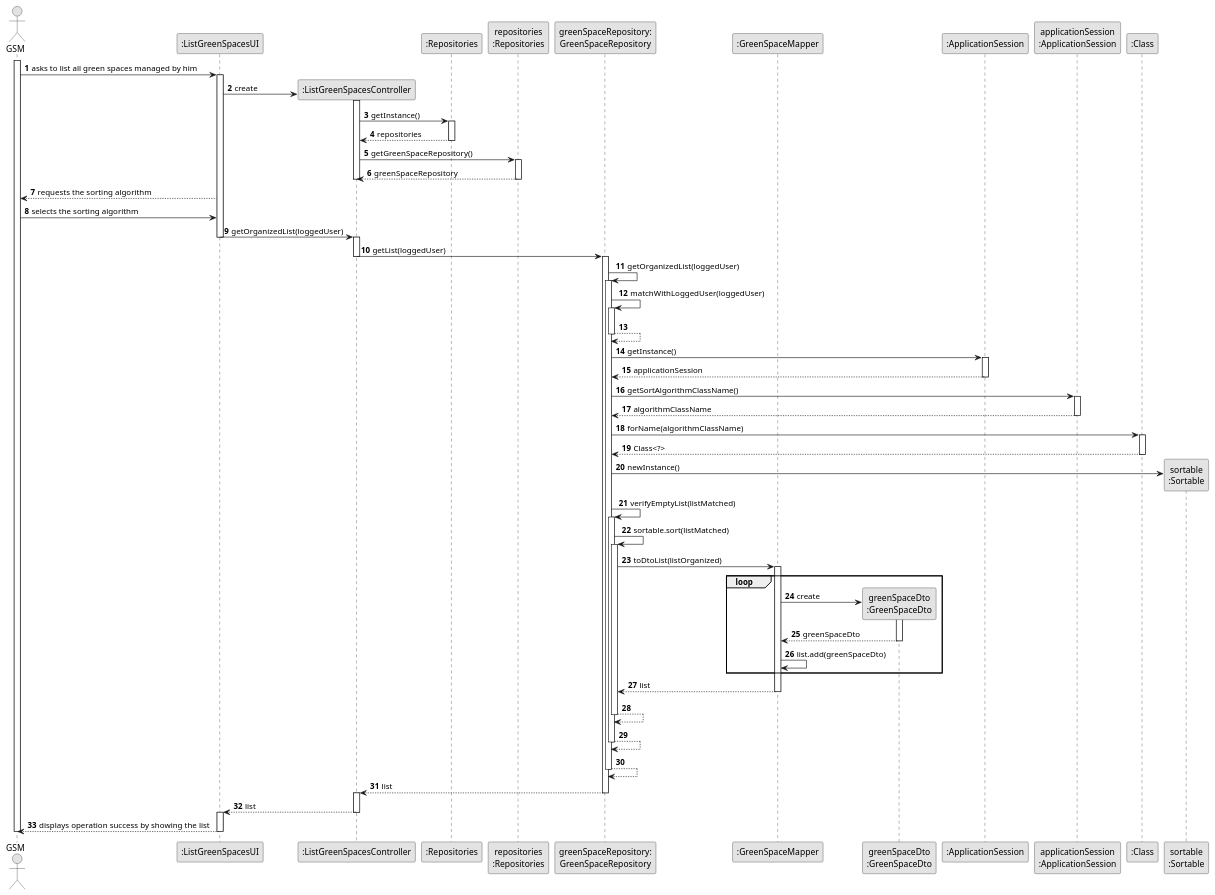
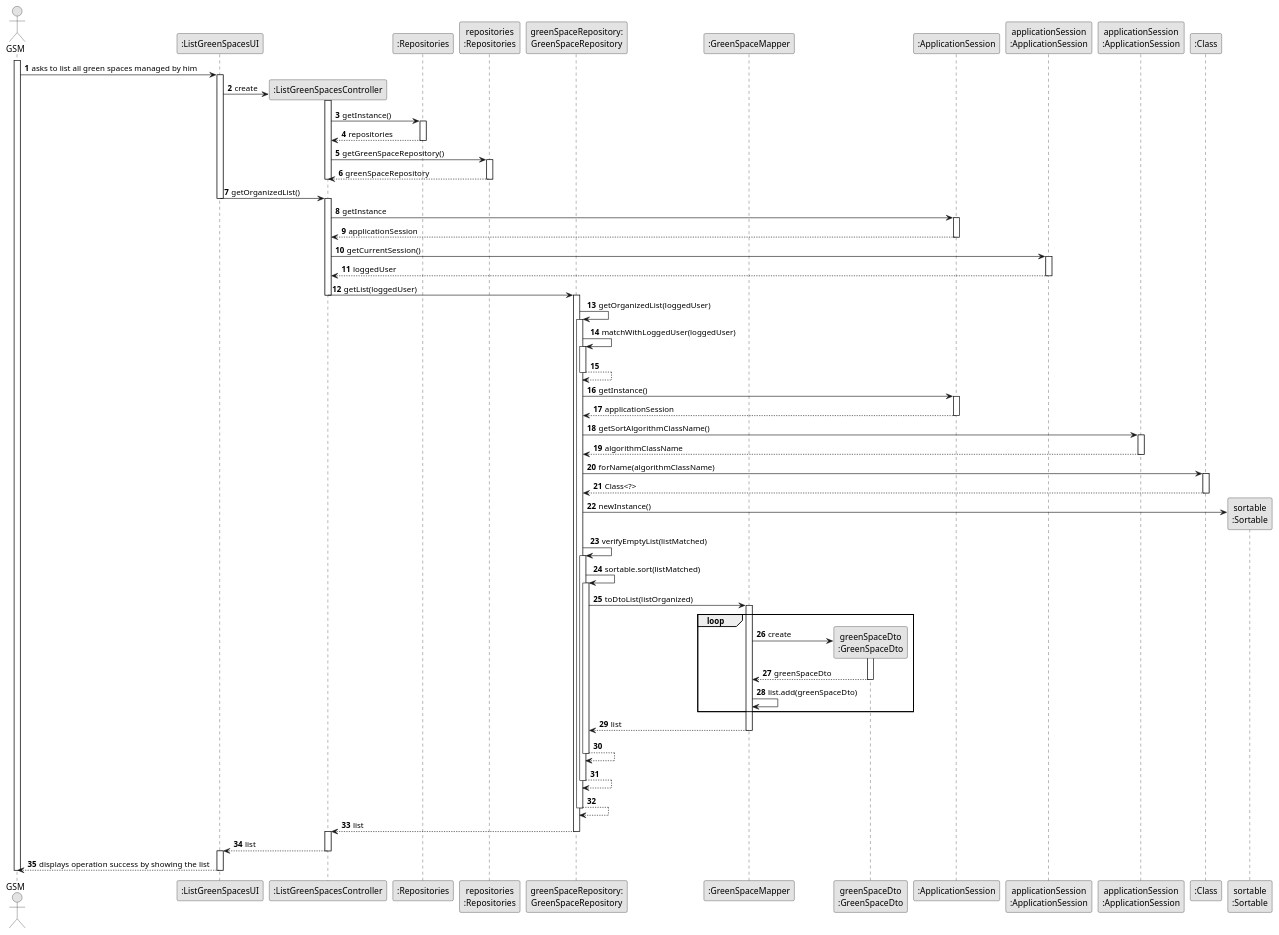
One commit to ricardomm7/leaflink changed the diagram in docs/sprintC/us027/03.design/puml/us027-sequence-diagram-full.puml. Above: the diagram before and after it, drawn with PlantUML. The commit also changed 9 other files, not shown here.

```diff
--- a/docs/sprintC/us027/03.design/puml/us027-sequence-diagram-full.puml
+++ b/docs/sprintC/us027/03.design/puml/us027-sequence-diagram-full.puml
@@ -2,109 +2,116 @@
 @startuml
 skinparam monochrome true
 skinparam packageStyle rectangle
 skinparam shadowing false
 
 ''title System Sequence Diagram (SSD) - US006
 
 autonumber
 
 actor "GSM" as GSM
 participant ":ListGreenSpacesUI" as UI
 participant ":ListGreenSpacesController" as CTRL
 participant ":Repositories" as RepositorySingleton
 participant "repositories\n:Repositories" as PLAT
 participant "greenSpaceRepository:\nGreenSpaceRepository" as GreenSpaceRepo
 participant ":GreenSpaceMapper" as mapper
 participant "greenSpaceDto\n:GreenSpaceDto" as dto
 participant ":ApplicationSession" as ApplicationSession
+participant "applicationSession\n:ApplicationSession" as applicationSession1
 participant "applicationSession\n:ApplicationSession" as applicationSession
 participant ":Class" as Class
 participant "sortable\n:Sortable" as SortAlgorithms
 
 activate GSM
 GSM -> UI : asks to list all green spaces managed by him
 activate UI
 UI -> CTRL** : create
 activate CTRL
 CTRL -> RepositorySingleton : getInstance()
 activate RepositorySingleton
 RepositorySingleton --> CTRL : repositories
 deactivate RepositorySingleton
 CTRL -> PLAT : getGreenSpaceRepository()
 activate PLAT
 PLAT -->  CTRL: greenSpaceRepository
 deactivate CTRL
 
 deactivate PLAT
-UI --> GSM : requests the sorting algorithm
-GSM -> UI : selects the sorting algorithm
-UI -> CTRL : getOrganizedList(loggedUser)
+UI -> CTRL : getOrganizedList()
 deactivate UI
 activate CTRL
+CTRL -> ApplicationSession : getInstance
+activate ApplicationSession
+ApplicationSession --> CTRL : applicationSession
+deactivate ApplicationSession
+CTRL -> applicationSession1 : getCurrentSession()
+activate applicationSession1
+applicationSession1 --> CTRL : loggedUser
+deactivate applicationSession1
 
 
 CTRL -> GreenSpaceRepo : getList(loggedUser)
 deactivate CTRL
 
 activate GreenSpaceRepo
 GreenSpaceRepo -> GreenSpaceRepo : getOrganizedList(loggedUser)
 activate GreenSpaceRepo
 GreenSpaceRepo -> GreenSpaceRepo : matchWithLoggedUser(loggedUser)
 activate GreenSpaceRepo
 GreenSpaceRepo --> GreenSpaceRepo
 deactivate GreenSpaceRepo
 
 GreenSpaceRepo -> ApplicationSession : getInstance()
 activate ApplicationSession
 ApplicationSession --> GreenSpaceRepo : applicationSession
 deactivate ApplicationSession
 GreenSpaceRepo -> applicationSession : getSortAlgorithmClassName()
 activate applicationSession
 applicationSession --> GreenSpaceRepo : algorithmClassName
 deactivate applicationSession
 
 GreenSpaceRepo -> Class : forName(algorithmClassName)
 activate Class
 Class --> GreenSpaceRepo : Class<?>
 deactivate Class
 
 GreenSpaceRepo -> SortAlgorithms** : newInstance()
 
 
 GreenSpaceRepo -> GreenSpaceRepo : verifyEmptyList(listMatched)
 activate GreenSpaceRepo
 
 GreenSpaceRepo -> GreenSpaceRepo : sortable.sort(listMatched)
 activate GreenSpaceRepo
 GreenSpaceRepo -> mapper : toDtoList(listOrganized)
 activate mapper
 
 loop
 mapper -> dto** : create
 activate dto
 dto --> mapper : greenSpaceDto
 deactivate dto
 mapper -> mapper : list.add(greenSpaceDto)
 end loop
 
 mapper --> GreenSpaceRepo : list
 deactivate mapper
 GreenSpaceRepo --> GreenSpaceRepo
 deactivate GreenSpaceRepo
 GreenSpaceRepo --> GreenSpaceRepo
 deactivate GreenSpaceRepo
 GreenSpaceRepo --> GreenSpaceRepo
 deactivate GreenSpaceRepo
 
 GreenSpaceRepo --> CTRL:list
 deactivate GreenSpaceRepo
 activate CTRL
 CTRL --> UI : list
 
 deactivate CTRL
 activate UI
 UI --> GSM : displays operation success by showing the list
 deactivate UI
 deactivate GSM
 
 @enduml
```
